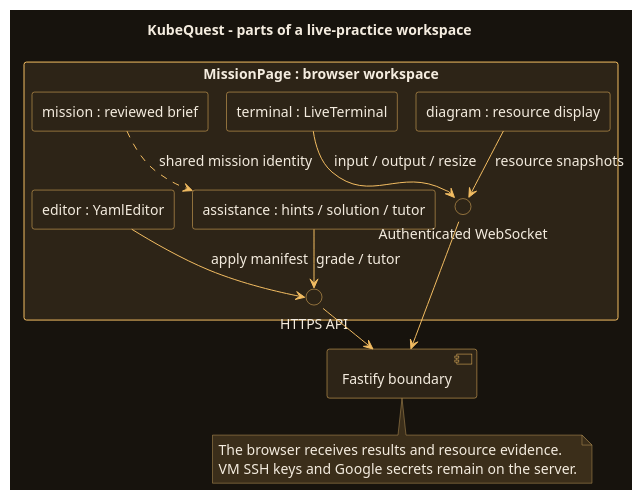
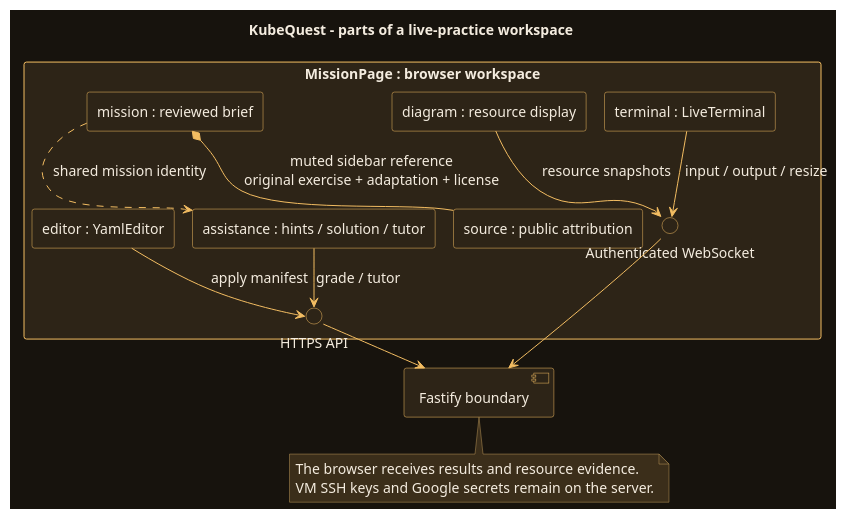
One commit to ramideltoro/kubequest-wiki changed the diagram in diagrams/composite-structure.puml. Above: the diagram before and after it, drawn with PlantUML. The commit also changed 3 other files, not shown here.

Commit message:
Document themed lab source attribution

```diff
--- a/diagrams/composite-structure.puml
+++ b/diagrams/composite-structure.puml
@@ -1,93 +1,95 @@
 @startuml
 !pragma layout smetana
 skinparam backgroundColor #17130D
 skinparam defaultFontName SansSerif
 skinparam defaultFontSize 14
 skinparam defaultFontColor #F4ECDF
 skinparam shadowing false
 skinparam ArrowColor #F3BD62
 skinparam LineColor #F3BD62
 skinparam BorderColor #F3BD62
 skinparam defaultBackgroundColor #2D2417
 skinparam classBackgroundColor #2D2417
 skinparam classBorderColor #F3BD62
 skinparam classFontColor #F4ECDF
 skinparam componentBackgroundColor #2D2417
 skinparam componentBorderColor #F3BD62
 skinparam componentFontColor #F4ECDF
 skinparam nodeBackgroundColor #2D2417
 skinparam nodeBorderColor #F3BD62
 skinparam nodeFontColor #F4ECDF
 skinparam packageBackgroundColor #2D2417
 skinparam packageBorderColor #F3BD62
 skinparam packageFontColor #F4ECDF
 skinparam rectangleBackgroundColor #2D2417
 skinparam rectangleBorderColor #F3BD62
 skinparam rectangleFontColor #F4ECDF
 skinparam databaseBackgroundColor #2D2417
 skinparam databaseBorderColor #F3BD62
 skinparam databaseFontColor #F4ECDF
 skinparam cloudBackgroundColor #2D2417
 skinparam cloudBorderColor #F3BD62
 skinparam cloudFontColor #F4ECDF
 skinparam artifactBackgroundColor #2D2417
 skinparam artifactBorderColor #F3BD62
 skinparam artifactFontColor #F4ECDF
 skinparam objectBackgroundColor #2D2417
 skinparam objectBorderColor #F3BD62
 skinparam objectFontColor #F4ECDF
 skinparam stateBackgroundColor #2D2417
 skinparam stateBorderColor #F3BD62
 skinparam stateFontColor #F4ECDF
 skinparam activityBackgroundColor #2D2417
 skinparam activityBorderColor #F3BD62
 skinparam activityFontColor #F4ECDF
 skinparam actorBackgroundColor #2D2417
 skinparam actorBorderColor #F3BD62
 skinparam actorFontColor #F4ECDF
 skinparam usecaseBackgroundColor #2D2417
 skinparam usecaseBorderColor #F3BD62
 skinparam usecaseFontColor #F4ECDF
 skinparam interfaceBackgroundColor #2D2417
 skinparam interfaceBorderColor #F3BD62
 skinparam interfaceFontColor #F4ECDF
 skinparam participantBackgroundColor #2D2417
 skinparam participantBorderColor #F3BD62
 skinparam participantFontColor #F4ECDF
 skinparam classAttributeIconSize 0
 skinparam NoteBackgroundColor #3B2E1A
 skinparam NoteBorderColor #BB9658
 skinparam NoteFontColor #F4ECDF
 skinparam sequenceLifeLineBorderColor #BB9658
 skinparam sequenceLifeLineBackgroundColor #221C13
 skinparam sequenceGroupBackgroundColor #221C13
 skinparam sequenceGroupHeaderFontColor #F4ECDF
 skinparam sequenceGroupBodyBackgroundColor #221C13
 skinparam sequenceDividerBackgroundColor #2D2417
 skinparam sequenceDividerFontColor #F4ECDF
 skinparam activityDiamondBackgroundColor #3B2E1A
 skinparam activityStartColor #F3BD62
 skinparam activityEndColor #F3BD62
 title KubeQuest - parts of a live-practice workspace
 rectangle "MissionPage : browser workspace" {
  rectangle "mission : reviewed brief" as Brief
+ rectangle "source : public attribution" as Source
+ Brief *-- Source : muted sidebar reference\noriginal exercise + adaptation + license
  rectangle "terminal : LiveTerminal" as Terminal
  rectangle "editor : YamlEditor" as Editor
  rectangle "diagram : resource display" as Diagram
  rectangle "assistance : hints / solution / tutor" as Help
  interface "HTTPS API" as HTTP
  interface "Authenticated WebSocket" as WS
  Editor --> HTTP : apply manifest
  Help --> HTTP : grade / tutor
  Terminal --> WS : input / output / resize
  Diagram --> WS : resource snapshots
  Brief ..> Help : shared mission identity
 }
 component "Fastify boundary" as API
 HTTP --> API
 WS --> API
 note bottom of API
 The browser receives results and resource evidence.
 VM SSH keys and Google secrets remain on the server.
 end note
 @enduml
```
